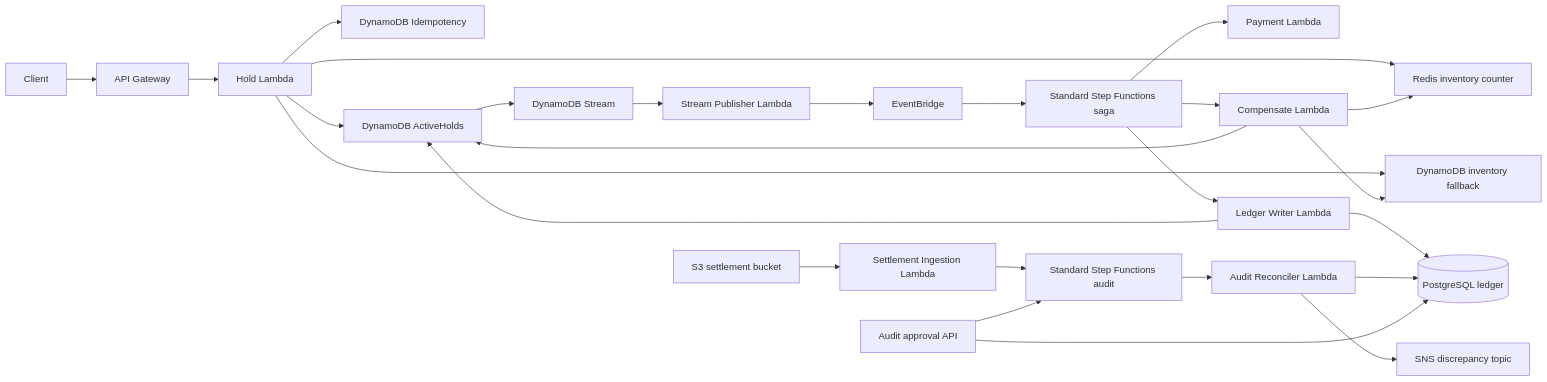
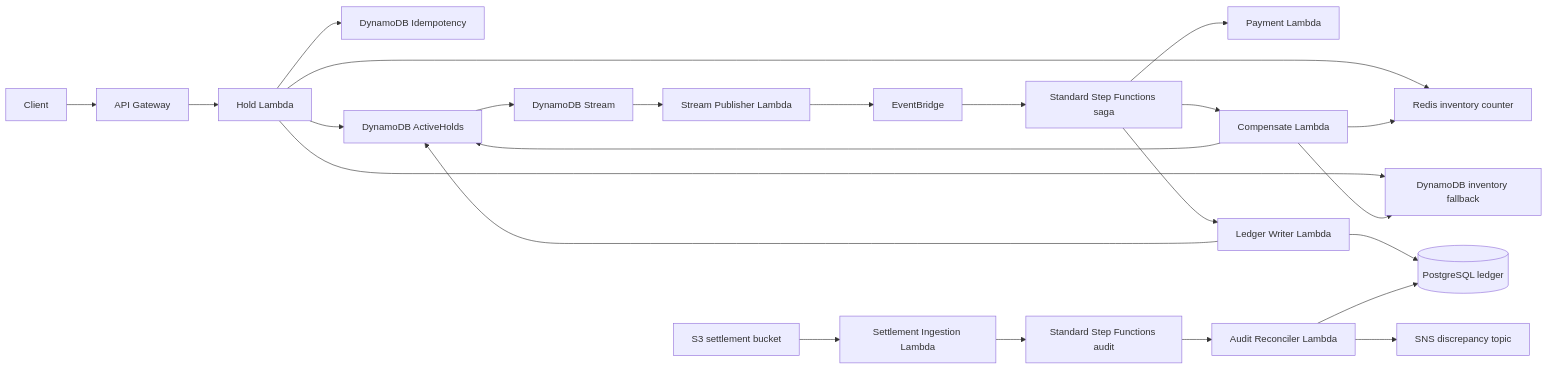
The diagram in docs/as-is-architecture.md (Tejas-h-blitz/Aws-Distributed-Reservation-Ledger), drawn with Mermaid before and after one commit. The commit also changed other lines of this file and 2 other files, not shown here.

````diff
--- a/docs/as-is-architecture.md
+++ b/docs/as-is-architecture.md
@@ -30,29 +30,27 @@
 ```mermaid
 flowchart LR
     Client[Client] --> APIGW[API Gateway]
     APIGW --> Hold[Hold Lambda]
     Hold --> Idem[DynamoDB Idempotency]
     Hold --> Redis[Redis inventory counter]
     Hold --> Fallback[DynamoDB inventory fallback]
     Hold --> Holds[DynamoDB ActiveHolds]
     Holds --> Stream[DynamoDB Stream]
     Stream --> Publisher[Stream Publisher Lambda]
     Publisher --> Bus[EventBridge]
     Bus --> Saga[Standard Step Functions saga]
     Saga --> Payment[Payment Lambda]
     Saga --> LedgerWriter[Ledger Writer Lambda]
     Saga --> Compensate[Compensate Lambda]
     LedgerWriter --> PG[(PostgreSQL ledger)]
     LedgerWriter --> Holds
     Compensate --> Holds
     Compensate --> Redis
     Compensate --> Fallback
 
     S3[S3 settlement bucket] --> Ingest[Settlement Ingestion Lambda]
     Ingest --> AuditSFN[Standard Step Functions audit]
     AuditSFN --> Audit[Audit Reconciler Lambda]
     Audit --> PG
     Audit --> SNS[SNS discrepancy topic]
-    Approve[Audit approval API] --> AuditSFN
-    Approve --> PG
 ```
````
